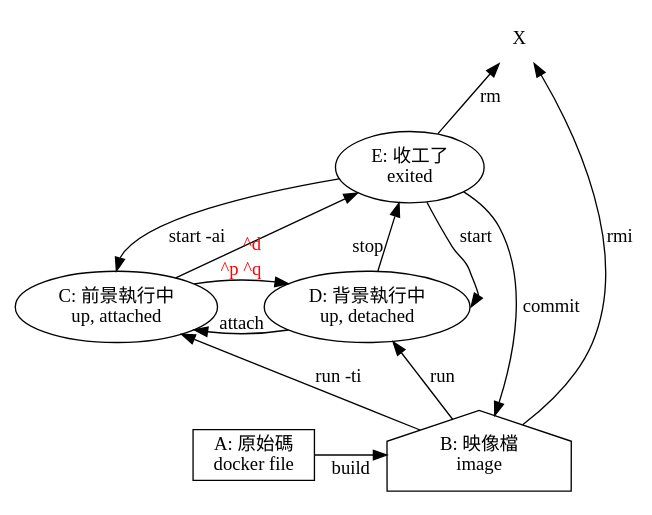
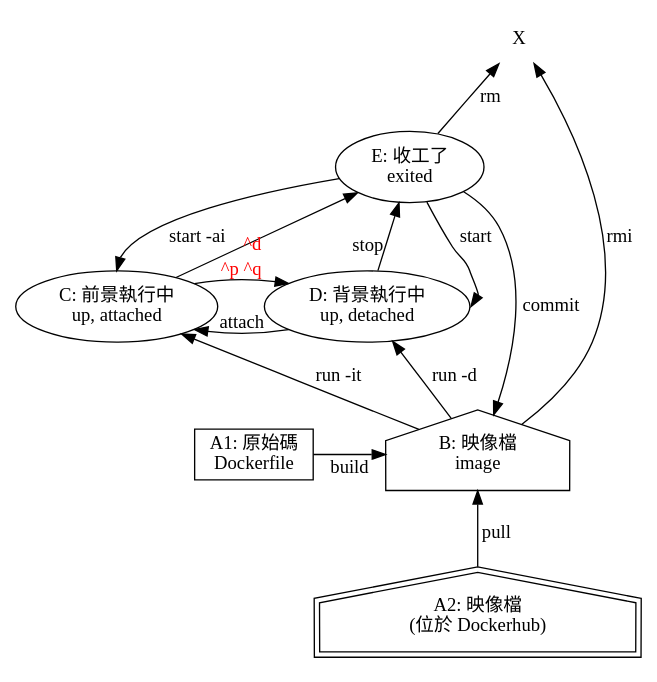
Before and after one commit to ckhung/ckhung.github.io: the diagram in a/m/17/docker-basics.dot, drawn with Graphviz. The commit also changed 1 other file, not shown here.

```diff
--- a/a/m/17/docker-basics.dot
+++ b/a/m/17/docker-basics.dot
@@ -1,32 +1,34 @@
 // dot -Tsvg docker-basics.dot -o docker-basics.svg
 
 digraph "Docker 常用指令" {
 
     rankdir = BT;
     overlap = scale;
 
-    source [ label="A: 原始碼\ndocker file"; shape=rectangle; ];
+    source [ label="A1: 原始碼\nDockerfile"; shape=rectangle; ];
+    hub [ label="A2: 映像檔\n(位於 Dockerhub)"; shape=house; peripheries=2; ];
     image [ label="B: 映像檔\nimage"; shape=house; ];
     attached [ label="C: 前景執行中\nup, attached"; ];
     detached [ label="D: 背景執行中\nup, detached"; ];
     exited [ label="E: 收工了\nexited"; ];
     removed [ label="X"; shape=none; ];
     { rank = same; attached; detached; }
     { rank = same; source; image; }
 
     source -> image [ label="build"; ];
+    hub -> image [ label="pull"; ];
     image -> removed [ label="rmi"; ];
-    image -> attached [ label="run -ti"; ];
-    image -> detached [ label="run"; ];
+    image -> attached [ label="run -it"; ];
+    image -> detached [ label="run -d"; ];
     attached -> detached [ xlabel="^p ^q"; fontcolor="red"; ];
     attached -> exited [ xlabel="^d"; fontcolor="red"; ];
     detached -> attached [ xlabel="attach"; ];
     detached -> exited [ xlabel="stop"; ];
     exited -> attached:n [ label="start -ai"; ];
     exited -> detached:e [ label="start"; ];
     exited -> removed [ label="rm"; ];
     exited -> image [ label="commit"; ];
 
 //    html -> graphic [ label="cutycapt" ];
 //    { text html csv } -> { dot gpt } [ label="RE" ];
 }
```
